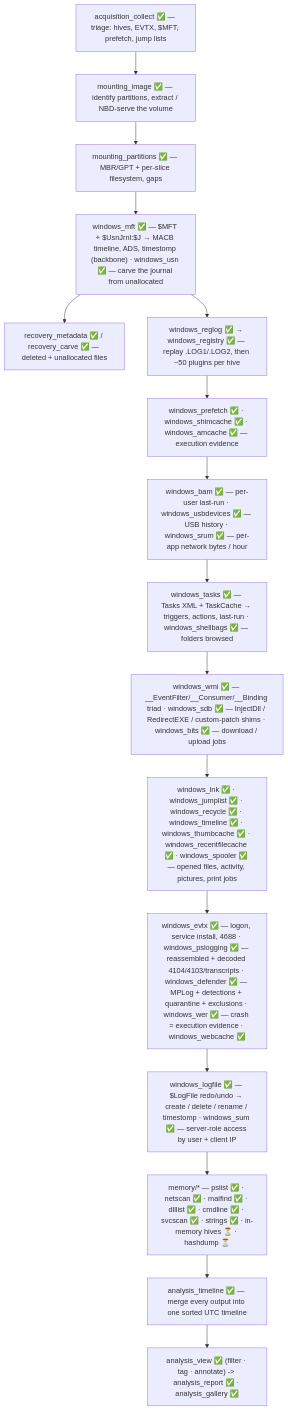
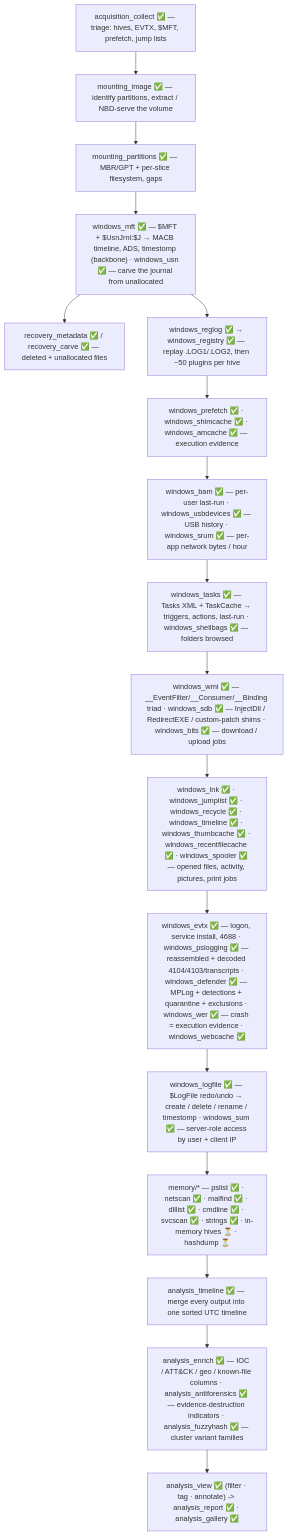
One commit to mostafaimam/Forensics-Tools changed the second of 4 diagrams in README.md. Above: the diagram before and after it, drawn with Mermaid. The commit also changed other lines of this file, not shown here.

First line of the commit message:
README: mark utilities_* (5), analysis_dpapi/antiforensics/fuzzyhash/enrich and recovery_fs built

````diff
--- a/README.md
+++ b/README.md
@@ -310,18 +310,19 @@
 ```mermaid
 flowchart TD
     A["acquisition_collect ✅ — triage: hives, EVTX, $MFT, prefetch, jump lists"] --> B["mounting_image ✅ — identify partitions, extract / NBD-serve the volume"]
     B --> MP["mounting_partitions ✅ — MBR/GPT + per-slice filesystem, gaps"]
     MP --> C["windows_mft ✅ — $MFT + $UsnJrnl:$J → MACB timeline, ADS, timestomp (backbone) · windows_usn ✅ — carve the journal from unallocated"]
     C --> RC["recovery_metadata ✅ / recovery_carve ✅ — deleted + unallocated files"]
     C --> D["windows_reglog ✅ → windows_registry ✅ — replay .LOG1/.LOG2, then ~50 plugins per hive"]
     D --> E["windows_prefetch ✅ · windows_shimcache ✅ · windows_amcache ✅ — execution evidence"]
     E --> BAM["windows_bam ✅ — per-user last-run · windows_usbdevices ✅ — USB history · windows_srum ✅ — per-app network bytes / hour"]
     BAM --> TS["windows_tasks ✅ — Tasks XML + TaskCache → triggers, actions, last-run · windows_shellbags ✅ — folders browsed"]
     TS --> WMI["windows_wmi ✅ — __EventFilter/__Consumer/__Binding triad · windows_sdb ✅ — InjectDll / RedirectEXE / custom-patch shims · windows_bits ✅ — download / upload jobs"]
     WMI --> F["windows_lnk ✅ · windows_jumplist ✅ · windows_recycle ✅ · windows_timeline ✅ · windows_thumbcache ✅ · windows_recentfilecache ✅ · windows_spooler ✅ — opened files, activity, pictures, print jobs"]
     F --> G["windows_evtx ✅ — logon, service install, 4688 · windows_pslogging ✅ — reassembled + decoded 4104/4103/transcripts · windows_defender ✅ — MPLog + detections + quarantine + exclusions · windows_wer ✅ — crash = execution evidence · windows_webcache ✅"]
     G --> LF["windows_logfile ✅ — $LogFile redo/undo → create / delete / rename / timestomp · windows_sum ✅ — server-role access by user + client IP"]
     LF --> H["memory/* — pslist ✅ · netscan ✅ · malfind ✅ · dlllist ✅ · cmdline ✅ · svcscan ✅ · strings ✅ · in-memory hives ⏳ · hashdump ⏳"]
     H --> I["analysis_timeline ✅ — merge every output into one sorted UTC timeline"]
-    I --> J["analysis_view ✅ (filter · tag · annotate) -> analysis_report ✅ · analysis_gallery ✅"]
+    I --> EN["analysis_enrich ✅ — IOC / ATT&CK / geo / known-file columns · analysis_antiforensics ✅ — evidence-destruction indicators · analysis_fuzzyhash ✅ — cluster variant families"]
+    EN --> J["analysis_view ✅ (filter · tag · annotate) -> analysis_report ✅ · analysis_gallery ✅"]
 ```
````
